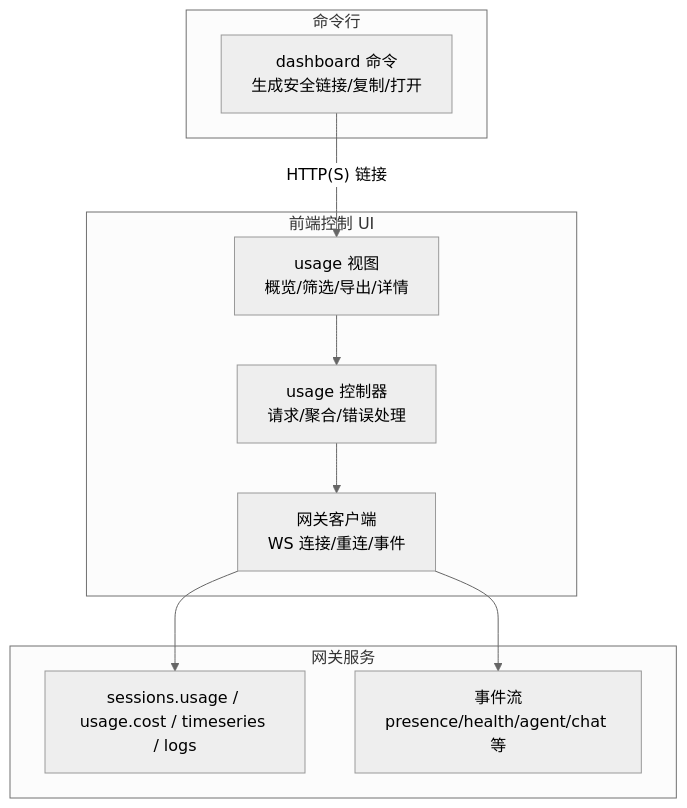
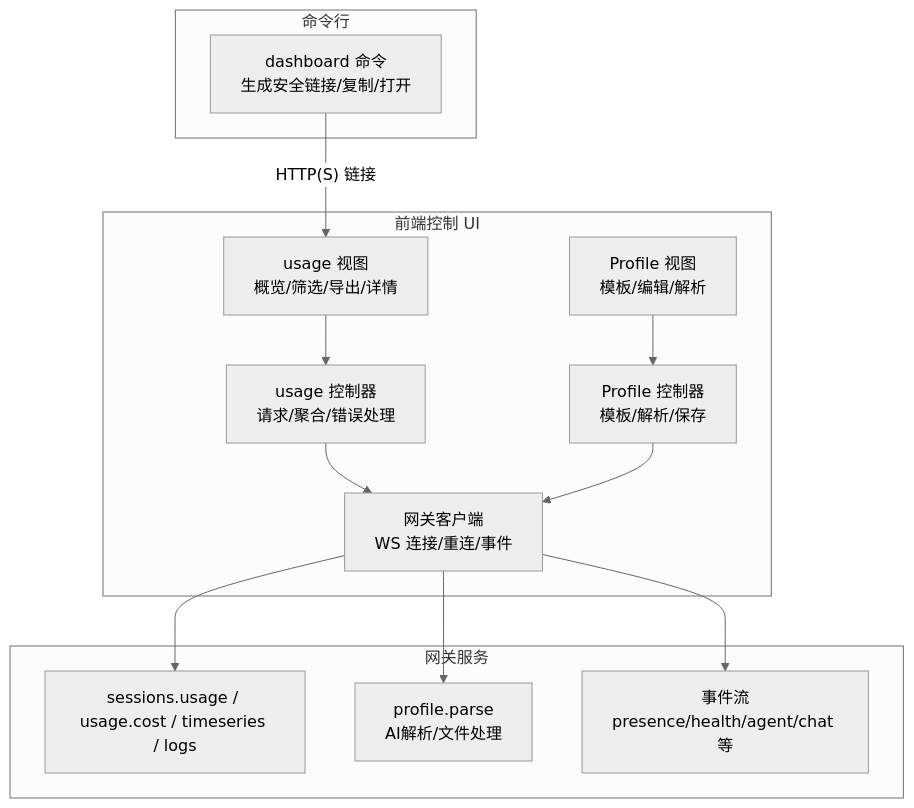
One commit to verse-ai-org/openclaw changed the first of 7 diagrams in .qoder/repowiki/zh/content/Web界面/仪表板.md. Above: the diagram before and after it, drawn with Mermaid (neutral theme). The commit also changed other lines of this file and 27 other files, not shown here.

````diff
--- a/.qoder/repowiki/zh/content/Web界面/仪表板.md
+++ b/.qoder/repowiki/zh/content/Web界面/仪表板.md
@@ -40,20 +48,26 @@
 ```mermaid
 graph TB
 subgraph "命令行"
 CLI["dashboard 命令<br/>生成安全链接/复制/打开"]
 end
 subgraph "前端控制 UI"
 UI["usage 视图<br/>概览/筛选/导出/详情"]
+PROFILE["Profile 视图<br/>模板/编辑/解析"]
 CTRL["usage 控制器<br/>请求/聚合/错误处理"]
+PROFILE_CTRL["Profile 控制器<br/>模板/解析/保存"]
 GW["网关客户端<br/>WS 连接/重连/事件"]
 end
 subgraph "网关服务"
 API["sessions.usage / usage.cost / timeseries / logs"]
+PROFILE_API["profile.parse<br/>AI解析/文件处理"]
 EVT["事件流<br/>presence/health/agent/chat 等"]
 end
 CLI --> |"HTTP(S) 链接"| UI
 UI --> CTRL
+PROFILE --> PROFILE_CTRL
 CTRL --> GW
+PROFILE_CTRL --> GW
 GW --> API
+GW --> PROFILE_API
 GW --> EVT
 ```
````
